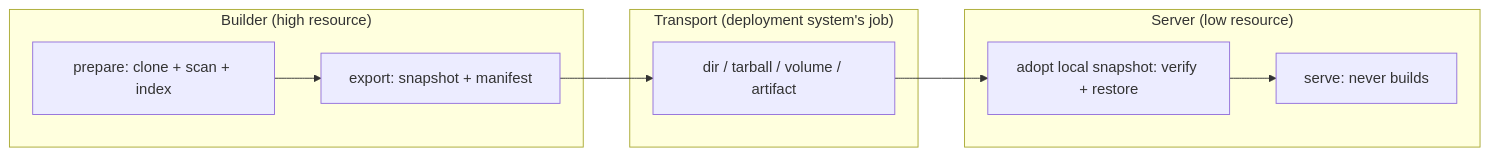
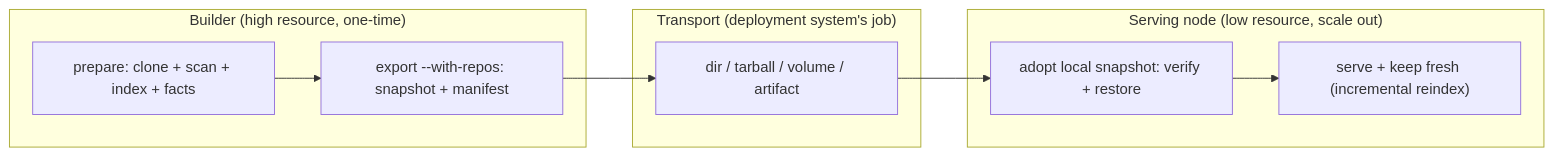
Before and after one commit to rosenjcb/kb: the diagram in packages/kb-server/HANDOFF.md, drawn with Mermaid. The commit also changed other lines of this file and 2 other files, not shown here.

````diff
--- a/packages/kb-server/HANDOFF.md
+++ b/packages/kb-server/HANDOFF.md
@@ -27,17 +30,17 @@
 ```mermaid
 flowchart LR
-  subgraph builder ["Builder (high resource)"]
-    B1["prepare: clone + scan + index"]
-    B2["export: snapshot + manifest"]
+  subgraph builder ["Builder (high resource, one-time)"]
+    B1["prepare: clone + scan + index + facts"]
+    B2["export --with-repos: snapshot + manifest"]
     B1 --> B2
   end
   subgraph transport ["Transport (deployment system's job)"]
     T["dir / tarball / volume / artifact"]
   end
-  subgraph server ["Server (low resource)"]
+  subgraph server ["Serving node (low resource, scale out)"]
     S1["adopt local snapshot: verify + restore"]
-    S2["serve: never builds"]
+    S2["serve + keep fresh (incremental reindex)"]
     S1 --> S2
   end
   B2 --> T --> S1
 ```
````
